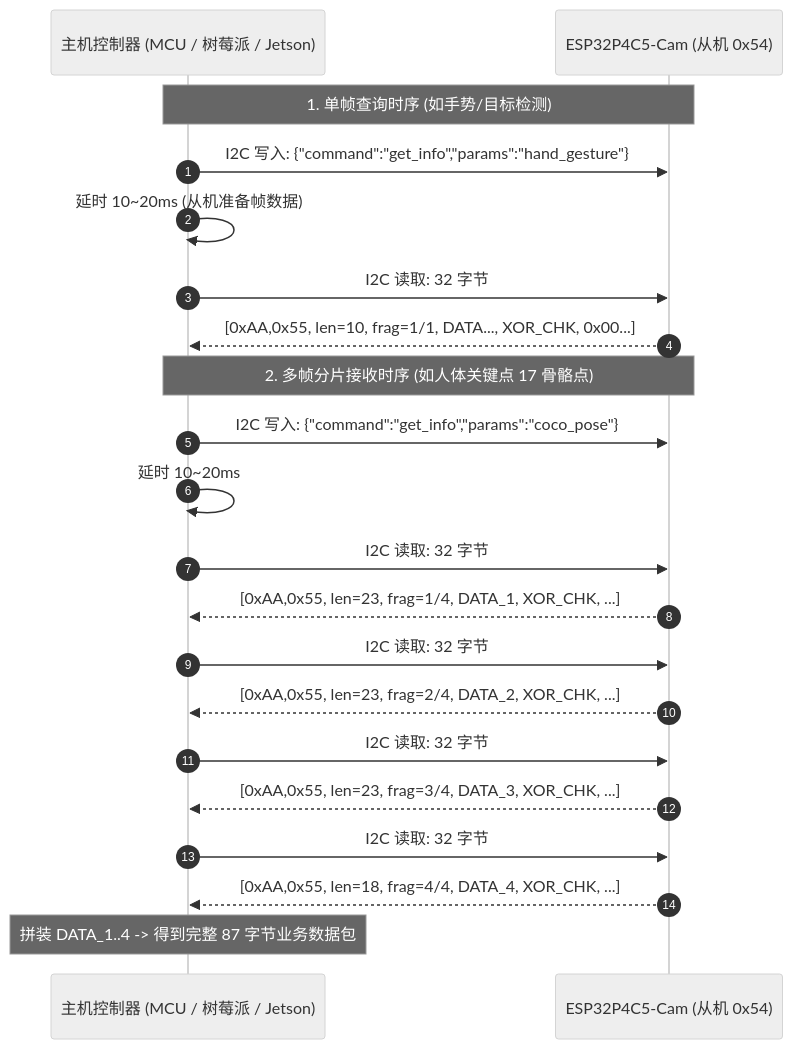
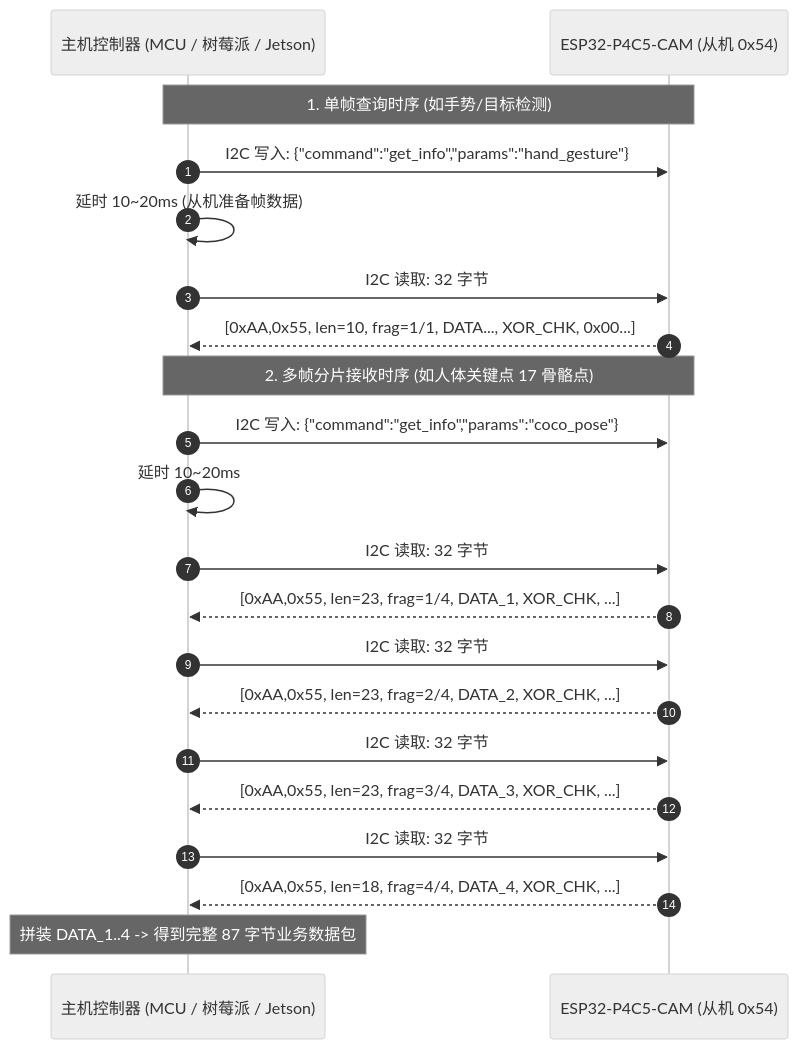
Before and after one commit to HanerQAQ/ESP32-P4C5-CAM: the diagram in docs/i2c_protocol_zh.md, drawn with Mermaid (neutral theme). The commit also changed 26 other files, not shown here.

````diff
--- a/docs/i2c_protocol_zh.md
+++ b/docs/i2c_protocol_zh.md
@@ -14,25 +14,25 @@
 ```mermaid
 sequenceDiagram
     autonumber
     participant Host as 主机控制器 (MCU / 树莓派 / Jetson)
-    participant Module as ESP32P4C5-Cam (从机 0x54)
+    participant Module as ESP32-P4C5-CAM (从机 0x54)
 
     Note over Host,Module: 1. 单帧查询时序 (如手势/目标检测)
     Host->>Module: I2C 写入: {"command":"get_info","params":"hand_gesture"}
     Host->>Host: 延时 10~20ms (从机准备帧数据)
     Host->>Module: I2C 读取: 32 字节
     Module-->>Host: [0xAA,0x55, len=10, frag=1/1, DATA..., XOR_CHK, 0x00...]
 
     Note over Host,Module: 2. 多帧分片接收时序 (如人体关键点 17 骨骼点)
     Host->>Module: I2C 写入: {"command":"get_info","params":"coco_pose"}
     Host->>Host: 延时 10~20ms
     Host->>Module: I2C 读取: 32 字节
     Module-->>Host: [0xAA,0x55, len=23, frag=1/4, DATA_1, XOR_CHK, ...]
     Host->>Module: I2C 读取: 32 字节
     Module-->>Host: [0xAA,0x55, len=23, frag=2/4, DATA_2, XOR_CHK, ...]
     Host->>Module: I2C 读取: 32 字节
     Module-->>Host: [0xAA,0x55, len=23, frag=3/4, DATA_3, XOR_CHK, ...]
     Host->>Module: I2C 读取: 32 字节
     Module-->>Host: [0xAA,0x55, len=18, frag=4/4, DATA_4, XOR_CHK, ...]
     Note over Host: 拼装 DATA_1..4 -> 得到完整 87 字节业务数据包
 ```
````
